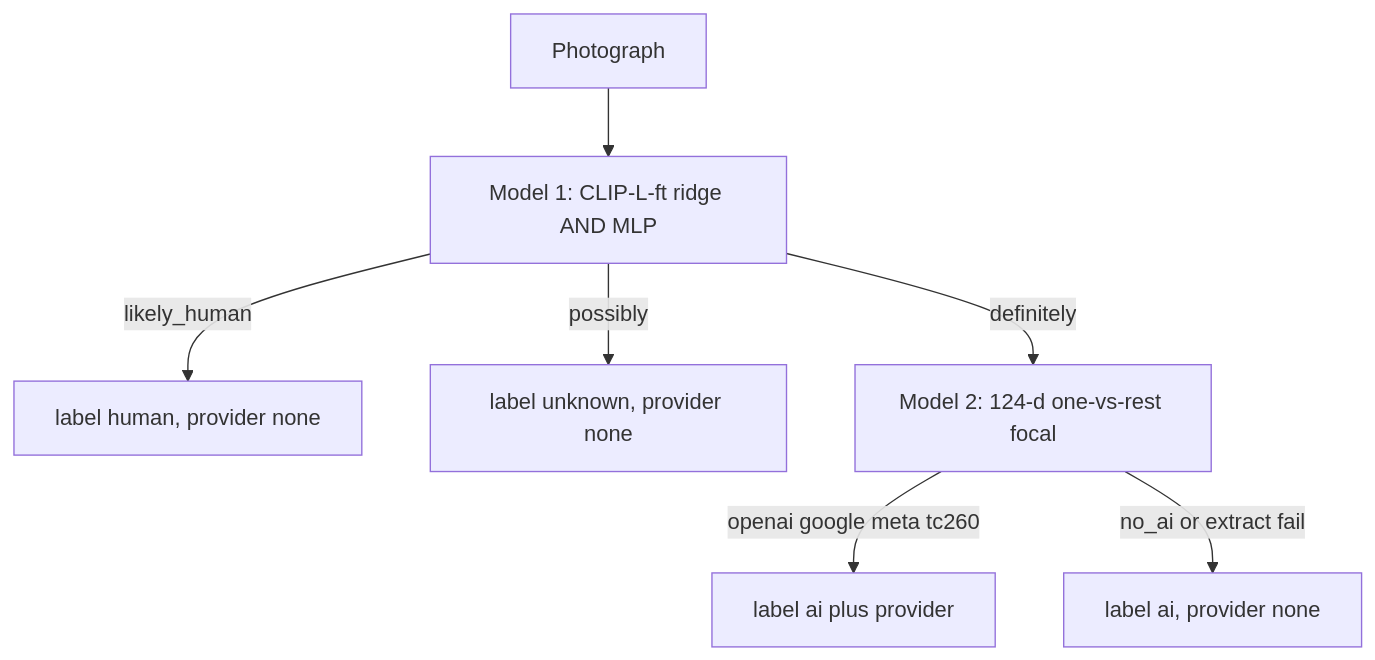
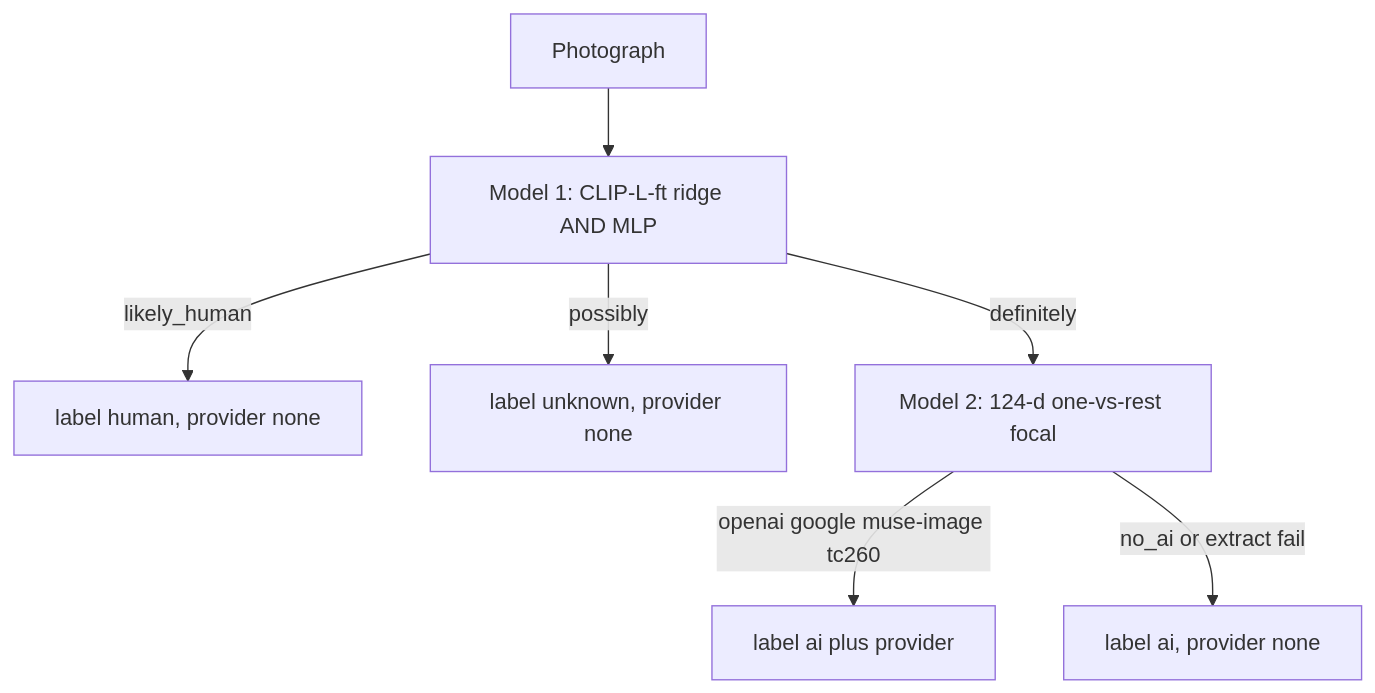
Before and after one commit to DKalimist/remove-ai-watermarks: the diagram in docs/photo-classify-hf/README.md, drawn with Mermaid. The commit also changed other lines of this file and 8 other files, not shown here.

````diff
--- a/docs/photo-classify-hf/README.md
+++ b/docs/photo-classify-hf/README.md
@@ -75,9 +75,9 @@
 ```mermaid
 flowchart TD
   image[Photograph] --> m1[Model 1: CLIP-L-ft ridge AND MLP]
   m1 -->|likely_human| human[label human, provider none]
   m1 -->|possibly| unk[label unknown, provider none]
   m1 -->|definitely| m2[Model 2: 124-d one-vs-rest focal]
-  m2 -->|openai google meta tc260| named[label ai plus provider]
+  m2 -->|openai google muse-image tc260| named[label ai plus provider]
   m2 -->|no_ai or extract fail| aiOnly[label ai, provider none]
 ```
````
